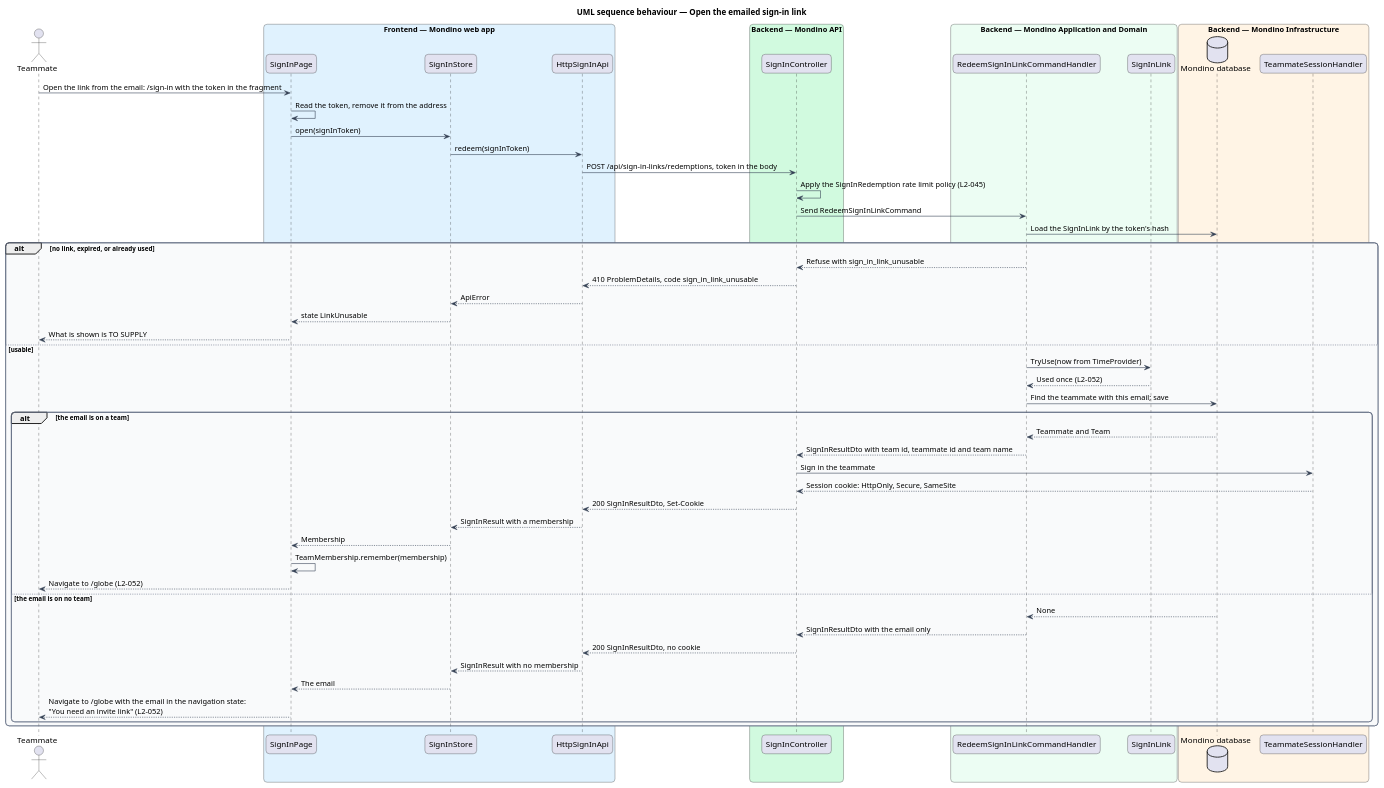
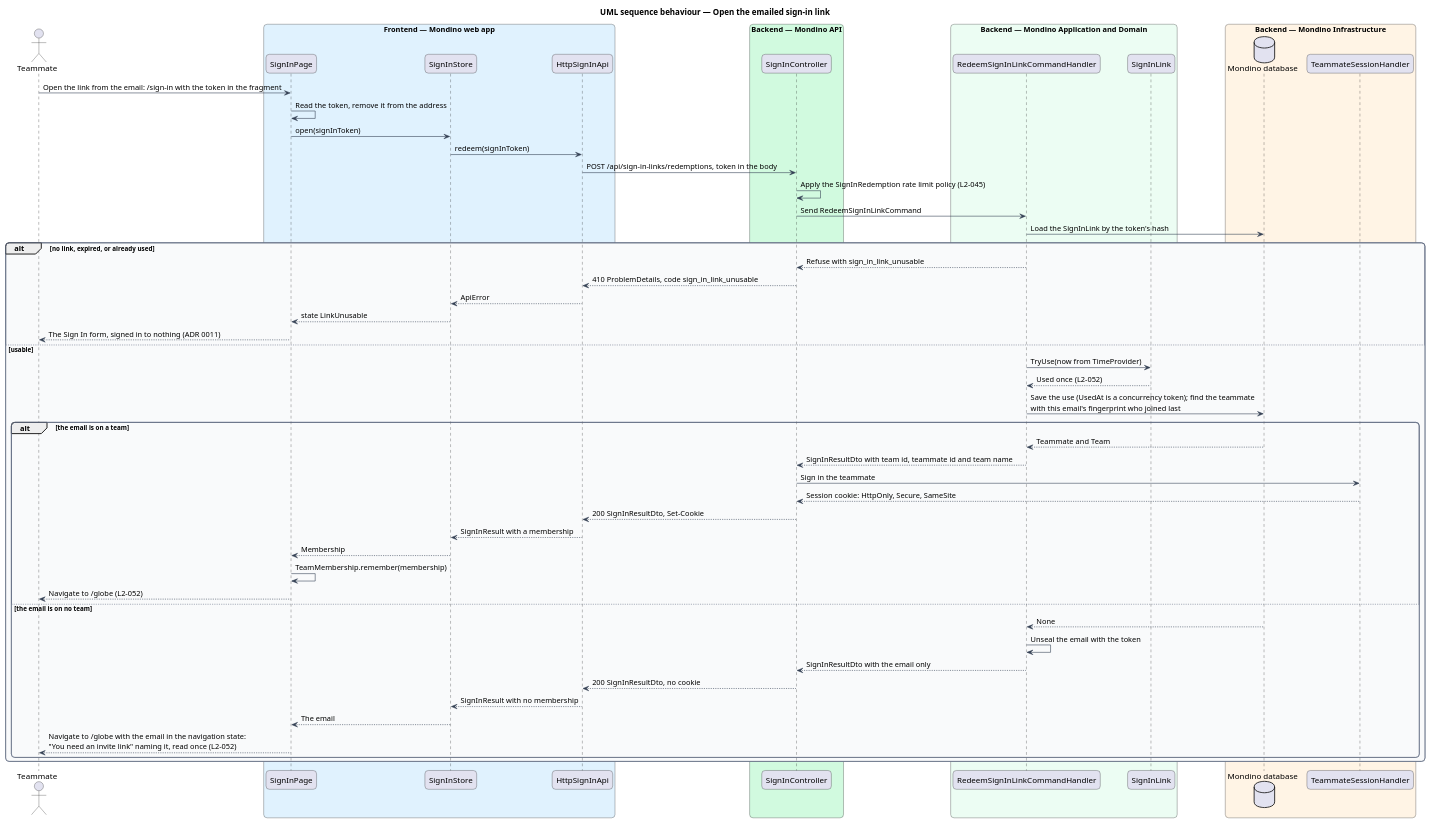
One commit to QuinntyneBrown/Mondino changed the diagram in docs/detailed-designs/joining/sign-in/diagrams/sequence-open-sign-in-link.puml. Above: the diagram before and after it, drawn with PlantUML. The commit also changed 20 other files, not shown here.

Commit message:
Decide the sign-in email sender, the link and its sealed email, and bring the sign-in design in line

```diff
--- a/docs/detailed-designs/joining/sign-in/diagrams/sequence-open-sign-in-link.puml
+++ b/docs/detailed-designs/joining/sign-in/diagrams/sequence-open-sign-in-link.puml
@@ -1,72 +1,73 @@
 @startuml
 title UML sequence behaviour — Open the emailed sign-in link
 skinparam backgroundColor #FFFFFF
 skinparam shadowing false
 skinparam roundcorner 12
 skinparam defaultFontName Arial
 skinparam ArrowColor #344054
 skinparam rectangle {
   BorderColor #344054
   FontColor #101828
 }
 skinparam package {
   BorderColor #667085
   FontColor #101828
   BackgroundColor #F9FAFB
 }
 
 actor "Teammate" as actor
 box "Frontend — Mondino web app" #E0F2FE
   participant "SignInPage" as page
   participant "SignInStore" as store
   participant "HttpSignInApi" as client
 end box
 box "Backend — Mondino API" #D1FADF
   participant "SignInController" as controller
 end box
 box "Backend — Mondino Application and Domain" #ECFDF3
   participant "RedeemSignInLinkCommandHandler" as handler
   participant "SignInLink" as link
 end box
 box "Backend — Mondino Infrastructure" #FFF4E5
   database "Mondino database" as db
   participant "TeammateSessionHandler" as session
 end box
 actor -> page : Open the link from the email: /sign-in with the token in the fragment
 page -> page : Read the token, remove it from the address
 page -> store : open(signInToken)
 store -> client : redeem(signInToken)
 client -> controller : POST /api/sign-in-links/redemptions, token in the body
 controller -> controller : Apply the SignInRedemption rate limit policy (L2-045)
 controller -> handler : Send RedeemSignInLinkCommand
 handler -> db : Load the SignInLink by the token's hash
 alt no link, expired, or already used
   handler --> controller : Refuse with sign_in_link_unusable
   controller --> client : 410 ProblemDetails, code sign_in_link_unusable
   client --> store : ApiError
   store --> page : state LinkUnusable
-  page --> actor : What is shown is TO SUPPLY
+  page --> actor : The Sign In form, signed in to nothing (ADR 0011)
 else usable
   handler -> link : TryUse(now from TimeProvider)
   link --> handler : Used once (L2-052)
-  handler -> db : Find the teammate with this email; save
+  handler -> db : Save the use (UsedAt is a concurrency token); find the teammate\nwith this email's fingerprint who joined last
   alt the email is on a team
     db --> handler : Teammate and Team
     handler --> controller : SignInResultDto with team id, teammate id and team name
     controller -> session : Sign in the teammate
     session --> controller : Session cookie: HttpOnly, Secure, SameSite
     controller --> client : 200 SignInResultDto, Set-Cookie
     client --> store : SignInResult with a membership
     store --> page : Membership
     page -> page : TeamMembership.remember(membership)
     page --> actor : Navigate to /globe (L2-052)
   else the email is on no team
     db --> handler : None
+    handler -> handler : Unseal the email with the token
     handler --> controller : SignInResultDto with the email only
     controller --> client : 200 SignInResultDto, no cookie
     client --> store : SignInResult with no membership
     store --> page : The email
-    page --> actor : Navigate to /globe with the email in the navigation state:\n"You need an invite link" (L2-052)
+    page --> actor : Navigate to /globe with the email in the navigation state:\n"You need an invite link" naming it, read once (L2-052)
   end
 end
 @enduml
```
